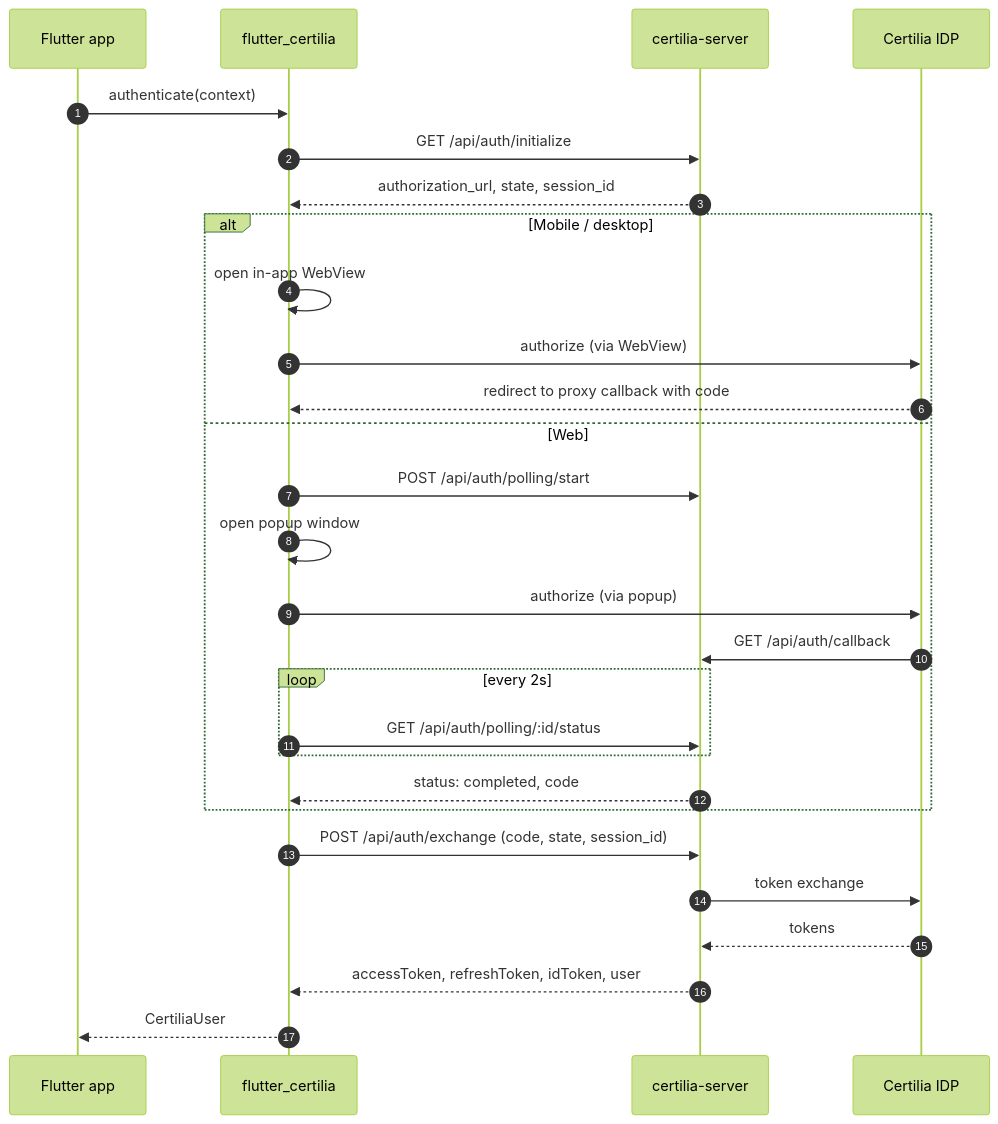
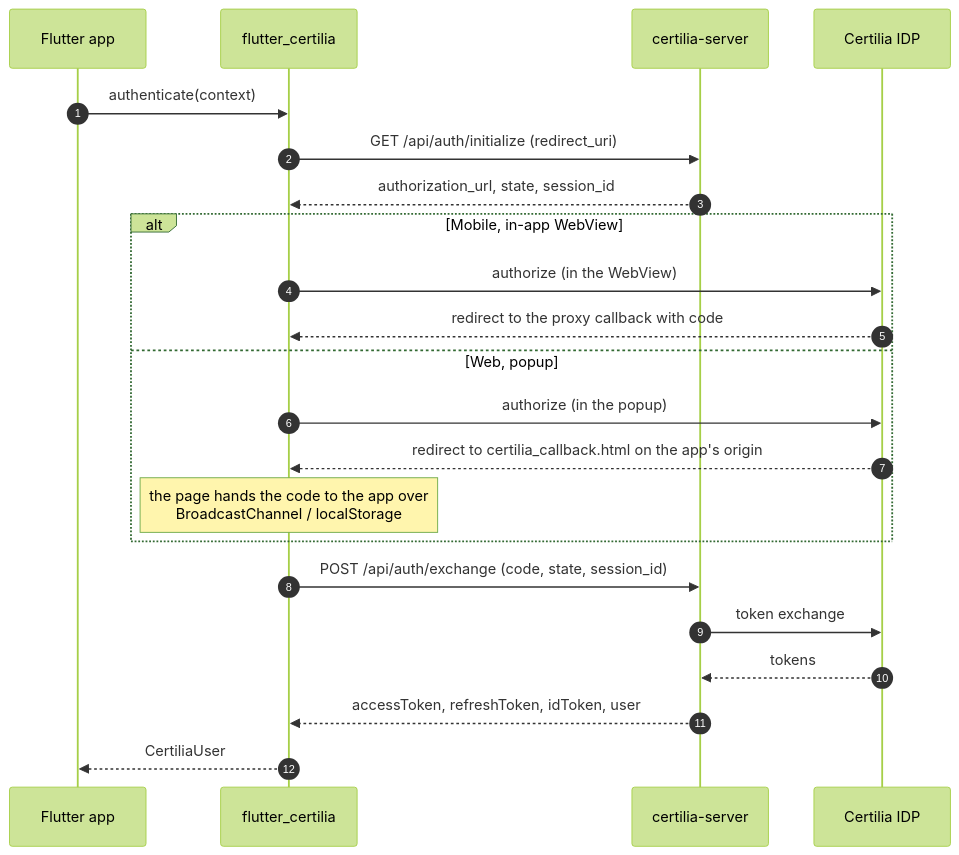
Before and after one commit to stepanic/flutter_certilia: the second of 2 diagrams in README.md, drawn with Mermaid (forest theme). The commit also changed other lines of this file and 16 other files, not shown here.

````diff
--- a/README.md
+++ b/README.md
@@ -36,33 +39,27 @@
 ```mermaid
 sequenceDiagram
     autonumber
     participant App as Flutter app
     participant SDK as flutter_certilia
     participant Proxy as certilia-server
     participant IDP as Certilia IDP
 
     App->>SDK: authenticate(context)
-    SDK->>Proxy: GET /api/auth/initialize
+    SDK->>Proxy: GET /api/auth/initialize (redirect_uri)
     Proxy-->>SDK: authorization_url, state, session_id
 
-    alt Mobile / desktop
-        SDK->>SDK: open in-app WebView
-        SDK->>IDP: authorize (via WebView)
-        IDP-->>SDK: redirect to proxy callback with code
-    else Web
-        SDK->>Proxy: POST /api/auth/polling/start
-        SDK->>SDK: open popup window
-        SDK->>IDP: authorize (via popup)
-        IDP->>Proxy: GET /api/auth/callback
-        loop every 2s
-            SDK->>Proxy: GET /api/auth/polling/:id/status
-        end
-        Proxy-->>SDK: status: completed, code
+    alt Mobile, in-app WebView
+        SDK->>IDP: authorize (in the WebView)
+        IDP-->>SDK: redirect to the proxy callback with code
+    else Web, popup
+        SDK->>IDP: authorize (in the popup)
+        IDP-->>SDK: redirect to certilia_callback.html on the app's origin
+        Note over SDK: the page hands the code to the app over<br/>BroadcastChannel / localStorage
     end
 
     SDK->>Proxy: POST /api/auth/exchange (code, state, session_id)
     Proxy->>IDP: token exchange
     IDP-->>Proxy: tokens
     Proxy-->>SDK: accessToken, refreshToken, idToken, user
     SDK-->>App: CertiliaUser
 ```
````
